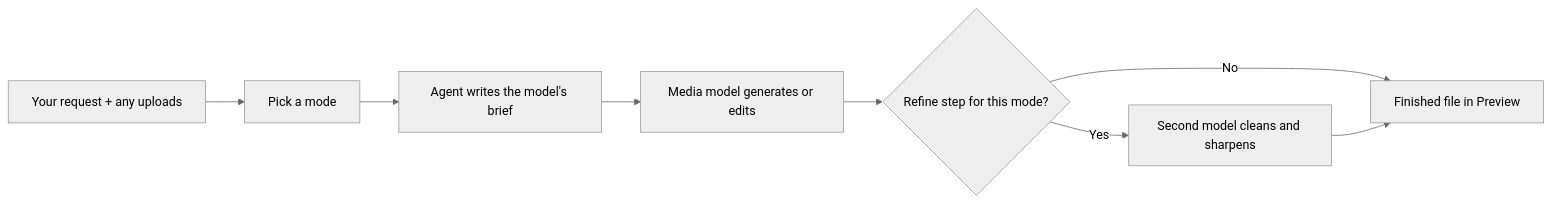
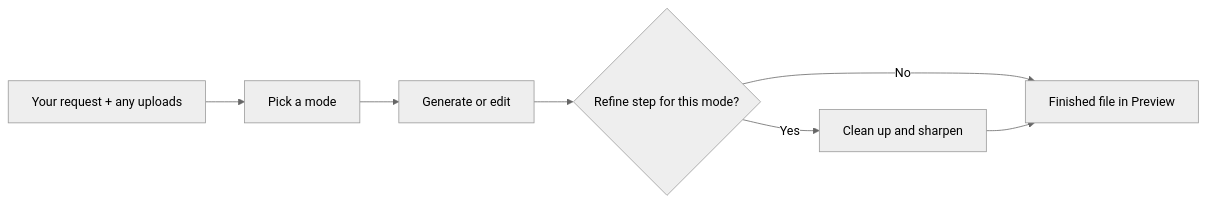
The first of 2 diagrams in Beunec Docs/rivine agentic engines/rivine_creative.md (Beunec/beunec-site-staging), drawn with Mermaid (neutral theme) before and after one commit. The commit also changed other lines of this file and 99 other files, not shown here.

````diff
--- a/Beunec Docs/rivine agentic engines/rivine_creative.md
+++ b/Beunec Docs/rivine agentic engines/rivine_creative.md
@@ -7,10 +22,9 @@
 ```mermaid
 flowchart LR
     A[Your request + any uploads] --> B[Pick a mode]
-    B --> C[Agent writes the model's brief]
-    C --> D[Media model generates or edits]
-    D --> E{Refine step for this mode?}
-    E -->|Yes| F[Second model cleans and sharpens]
-    E -->|No| G[Finished file in Preview]
-    F --> G
+    B --> C[Generate or edit]
+    C --> D{Refine step for this mode?}
+    D -->|Yes| E[Clean up and sharpen]
+    D -->|No| F[Finished file in Preview]
+    E --> F
 ```
````
